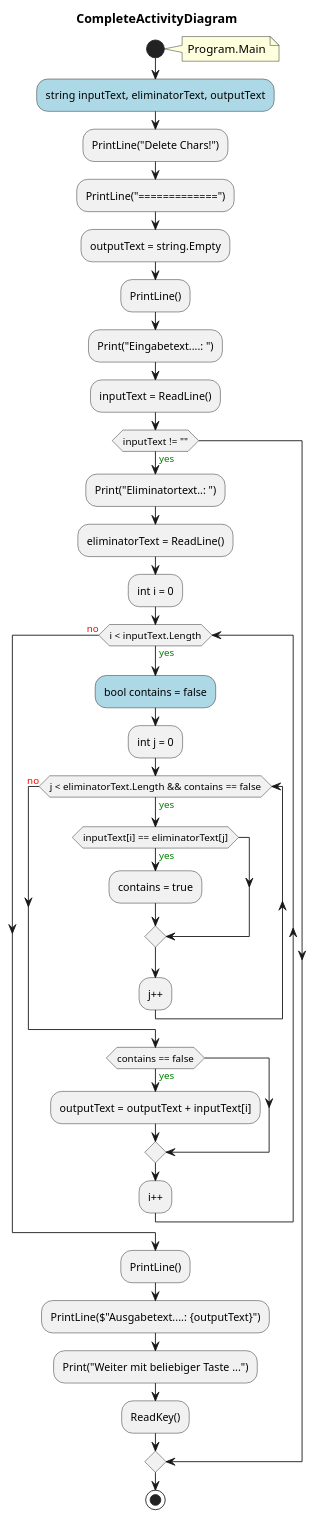
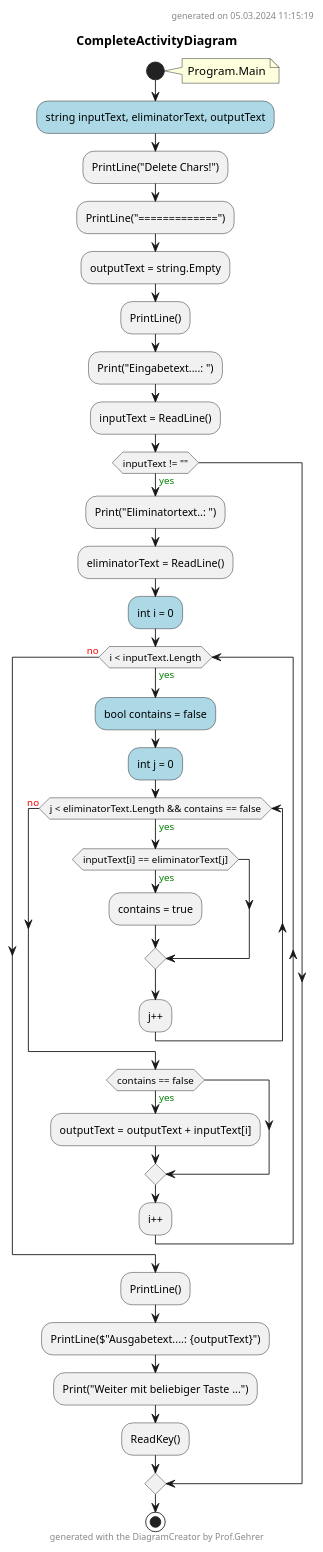
One commit to leoggehrer/2324-34_ABIF_ACIF_POSE changed the diagram in DeleteChars.ConApp/Diagrams/CompleteActivityDiagram.puml. Above: the diagram before and after it, drawn with PlantUML. The commit also changed 147 other files, not shown here.

Commit message:
Added diagrams.

```diff
--- a/DeleteChars.ConApp/Diagrams/CompleteActivityDiagram.puml
+++ b/DeleteChars.ConApp/Diagrams/CompleteActivityDiagram.puml
@@ -1,36 +1,45 @@
 @startuml CompleteActivityDiagram
+header
+generated on 05.03.2024 11:15:19
+end header
 title CompleteActivityDiagram
 start
 note right:  Program.Main
 #LightBlue:string inputText, eliminatorText, outputText;
 :PrintLine("Delete Chars!");
 :PrintLine("=============");
 :outputText = string.Empty;
 :PrintLine();
 :Print("Eingabetext....: ");
 :inputText = ReadLine();
 if (inputText != "") then (<color:green>yes)
     :Print("Eliminatortext..: ");
     :eliminatorText = ReadLine();
-    :int i = 0;
+    #LightBlue:int i = 0;
     while (i < inputText.Length) is (<color:green>yes)
         #LightBlue:bool contains = false;
-        :int j = 0;
+        #LightBlue:int j = 0;
         while (j < eliminatorText.Length && contains == false) is (<color:green>yes)
             if (inputText[i] == eliminatorText[j]) then (<color:green>yes)
                 :contains = true;
             endif
         :j++;
         endwhile (<color:red>no)
         if (contains == false) then (<color:green>yes)
             :outputText = outputText + inputText[i];
         endif
     :i++;
     endwhile (<color:red>no)
     :PrintLine();
     :PrintLine($"Ausgabetext....: {outputText}");
     :Print("Weiter mit beliebiger Taste ...");
     :ReadKey();
 endif
+footer
+generated with the DiagramCreator by Prof.Gehrer
+end footer
 stop
+footer
+generated with the DiagramCreator by Prof.Gehrer
+end footer
 @enduml
```
